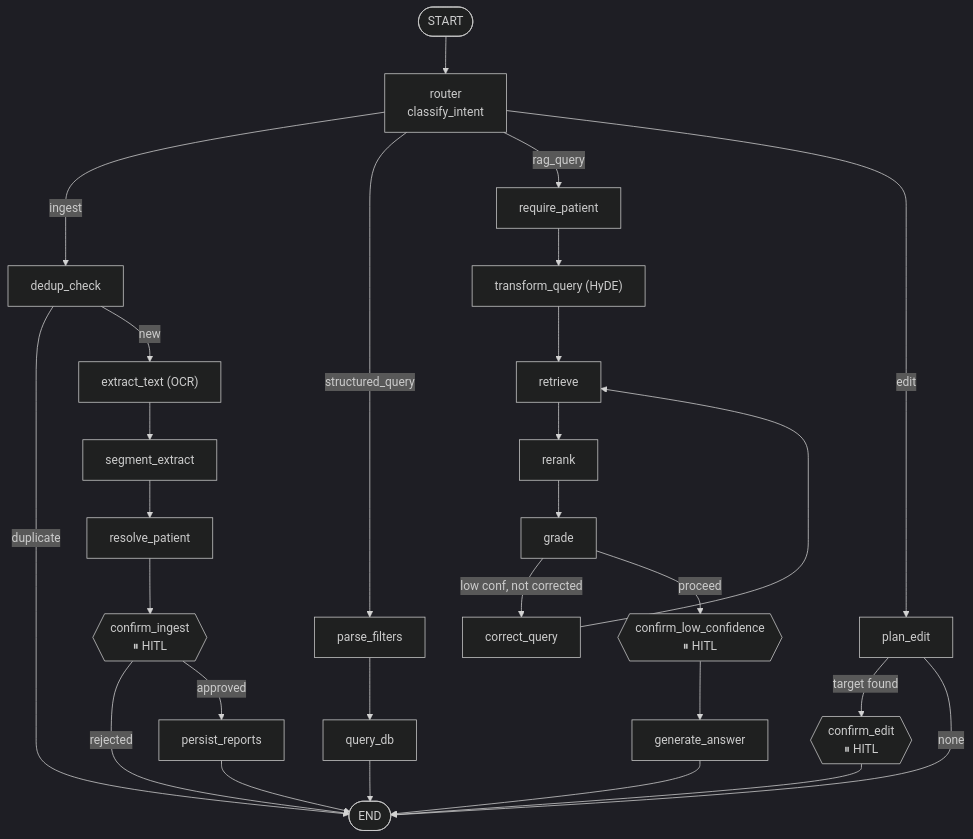
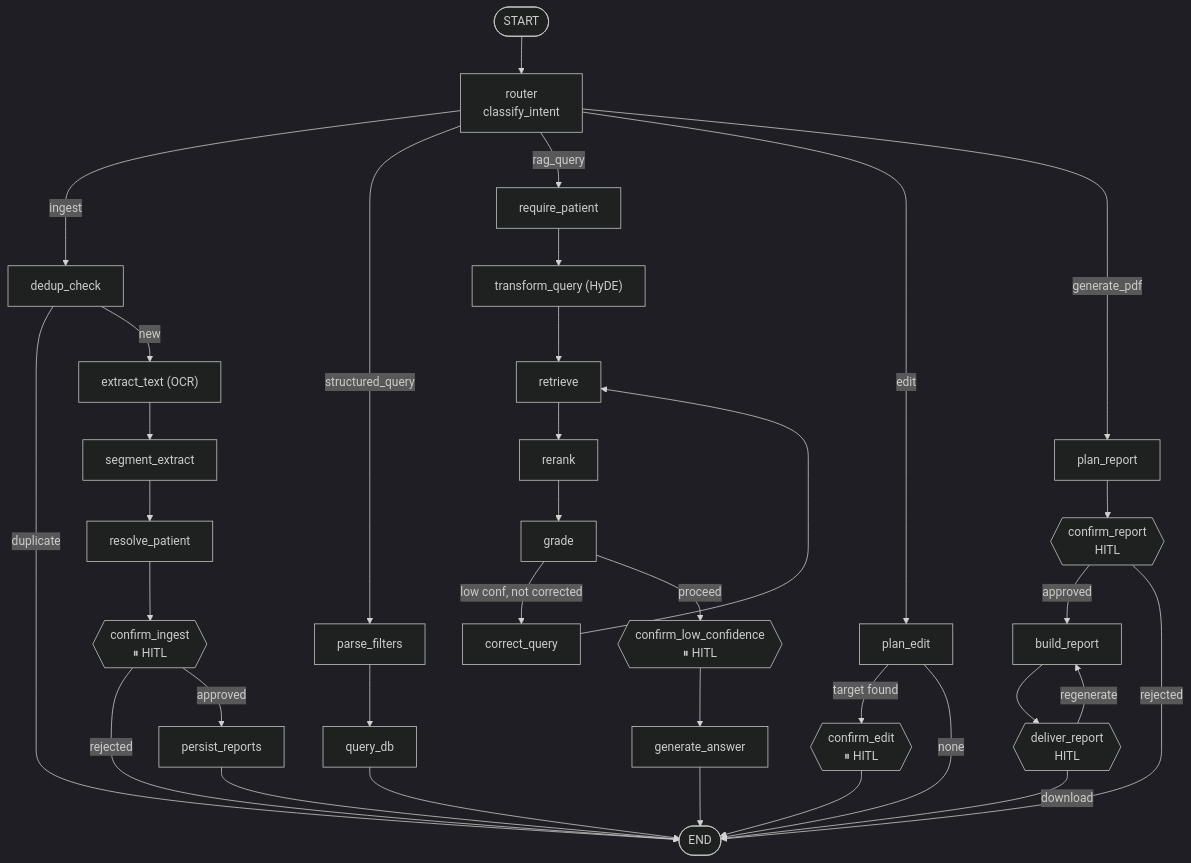
One commit to shyan23/keeper changed the second of 6 diagrams in README.md. Above: the diagram before and after it, drawn with Mermaid (dark theme). The commit also changed other lines of this file and 11 other files, not shown here.

````diff
--- a/README.md
+++ b/README.md
@@ -108,39 +182,48 @@
 ```mermaid
 flowchart TD
     START([START]) --> ROUTER["router<br/>classify_intent"]
 
     ROUTER -->|ingest| DEDUP["dedup_check"]
     ROUTER -->|structured_query| PF["parse_filters"]
     ROUTER -->|rag_query| RP["require_patient"]
     ROUTER -->|edit| PE["plan_edit"]
+    ROUTER -->|generate_pdf| REP["plan_report"]
 
     %% Ingest chain
     DEDUP -->|duplicate| ENDX([END])
     DEDUP -->|new| XT["extract_text (OCR)"]
     XT --> SEG["segment_extract"]
     SEG --> RES["resolve_patient"]
     RES --> CI{{"confirm_ingest<br/>⏸ HITL"}}
     CI -->|rejected| ENDX
     CI -->|approved| PR["persist_reports"]
     PR --> ENDX
 
     %% Structured chain
     PF --> QDB["query_db"]
     QDB --> ENDX
 
     %% Edit chain
     PE -->|target found| CE{{"confirm_edit<br/>⏸ HITL"}}
     PE -->|none| ENDX
     CE --> ENDX
 
+    %% Report chain
+    REP --> CR{{"confirm_report<br/>HITL"}}
+    CR -->|approved| BR["build_report"]
+    CR -->|rejected| ENDX
+    BR --> DR{{"deliver_report<br/>HITL"}}
+    DR -->|download| ENDX
+    DR -->|regenerate| BR
+
     %% RAG chain
     RP --> TQ["transform_query (HyDE)"]
     TQ --> RET["retrieve"]
     RET --> RR["rerank"]
     RR --> GR["grade"]
     GR -->|low conf, not corrected| CQ["correct_query"]
     GR -->|proceed| CLC{{"confirm_low_confidence<br/>⏸ HITL"}}
     CQ --> RET
     CLC --> GA["generate_answer"]
     GA --> ENDX
 ```
````
